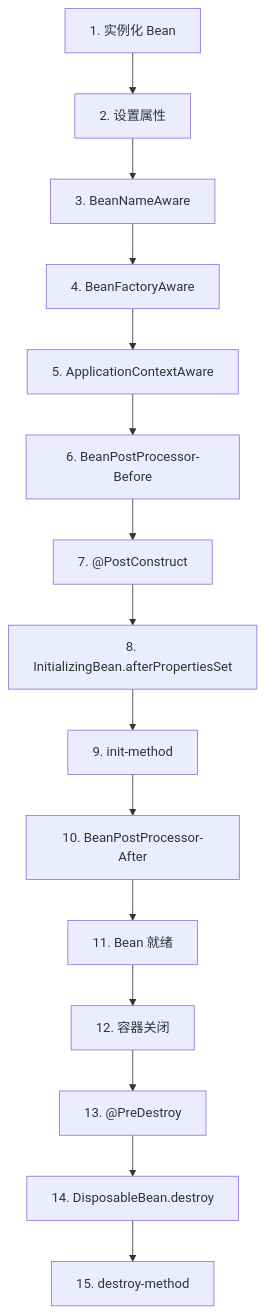
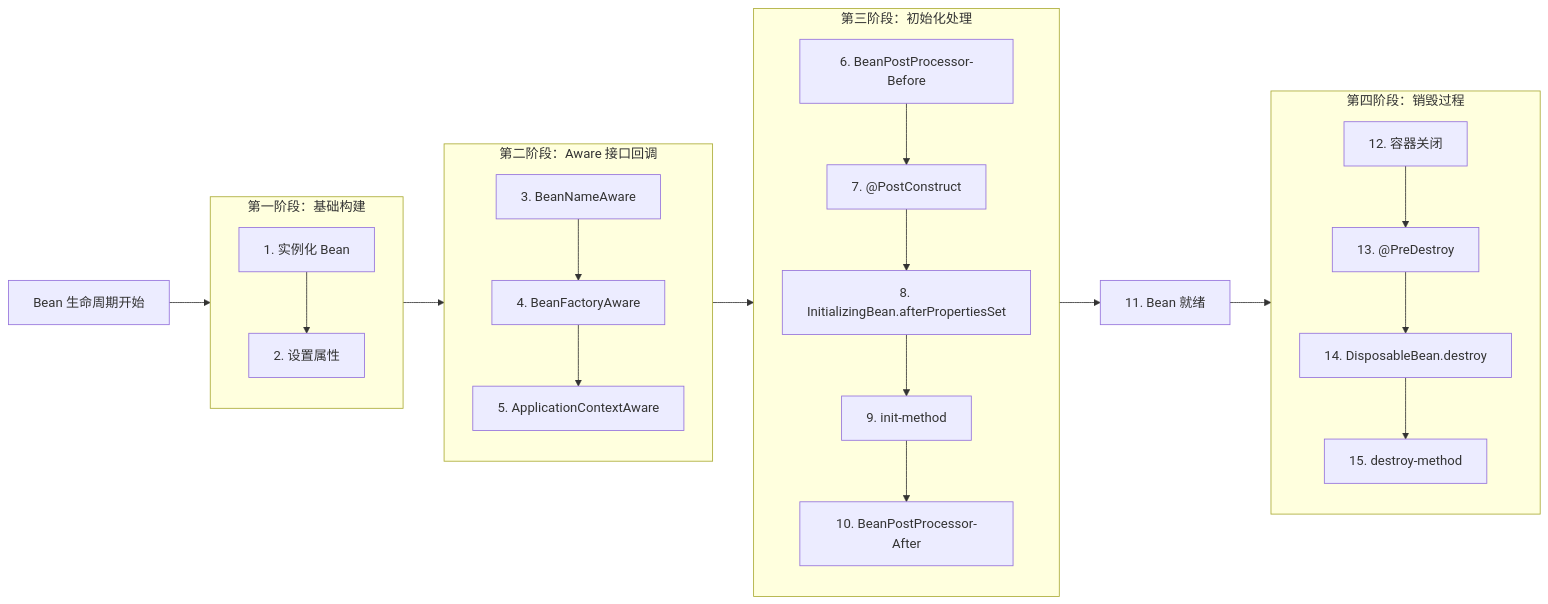
Before and after one commit to gelald/javrin: the second of 7 diagrams in docs/writings/Spring/spring-03-bean-lifecycle.md, drawn with Mermaid. The commit also changed other lines of this file, not shown here.

Commit message:
chore(Spring): 修改Bean生命周期流程图

````diff
--- a/docs/writings/Spring/spring-03-bean-lifecycle.md
+++ b/docs/writings/Spring/spring-03-bean-lifecycle.md
@@ -41,17 +41,38 @@
 ```mermaid
-flowchart TD
-    A[1. 实例化 Bean] --> B[2. 设置属性]
-    B --> C[3. BeanNameAware]
-    C --> D[4. BeanFactoryAware]
-    D --> E[5. ApplicationContextAware]
-    E --> F[6. BeanPostProcessor-Before]
-    F --> G[7. @PostConstruct]
-    G --> H[8. InitializingBean.afterPropertiesSet]
-    H --> I[9. init-method]
-    I --> J[10. BeanPostProcessor-After]
-    J --> K[11. Bean 就绪]
-    K --> L[12. 容器关闭]
-    L --> M[13. @PreDestroy]
-    M --> N[14. DisposableBean.destroy]
-    N --> O[15. destroy-method]
+flowchart LR
+    Start["Bean 生命周期开始"] --> Phase1
+    
+    subgraph Phase1 ["第一阶段：基础构建"]
+        direction TB
+        A["1. 实例化 Bean"] --> B["2. 设置属性"]
+    end
+    
+    Phase1 --> Phase2
+
+    subgraph Phase2 ["第二阶段：Aware 接口回调"]
+        direction TB
+        C["3. BeanNameAware"] --> D["4. BeanFactoryAware"]
+        D --> E["5. ApplicationContextAware"]
+    end
+
+    Phase2 --> Phase3
+
+    subgraph Phase3 ["第三阶段：初始化处理"]
+        direction TB
+        F["6. BeanPostProcessor-Before"] --> G["7. @PostConstruct"]
+        G --> H["8. InitializingBean.afterPropertiesSet"]
+        H --> I["9. init-method"]
+        I --> J["10. BeanPostProcessor-After"]
+    end
+
+    Phase3 --> K["11. Bean 就绪"]
+
+    K --> Phase4
+
+    subgraph Phase4 ["第四阶段：销毁过程"]
+        direction TB
+        L["12. 容器关闭"] --> M["13. @PreDestroy"]
+        M --> N["14. DisposableBean.destroy"]
+        N --> O["15. destroy-method"]
+    end
 ```
````
